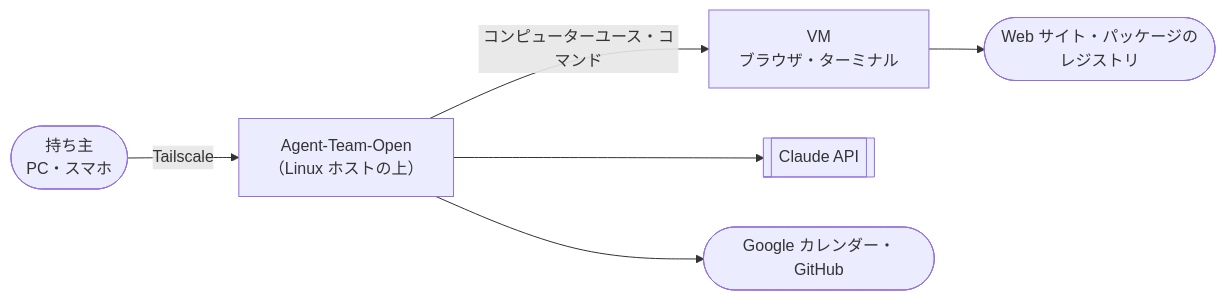
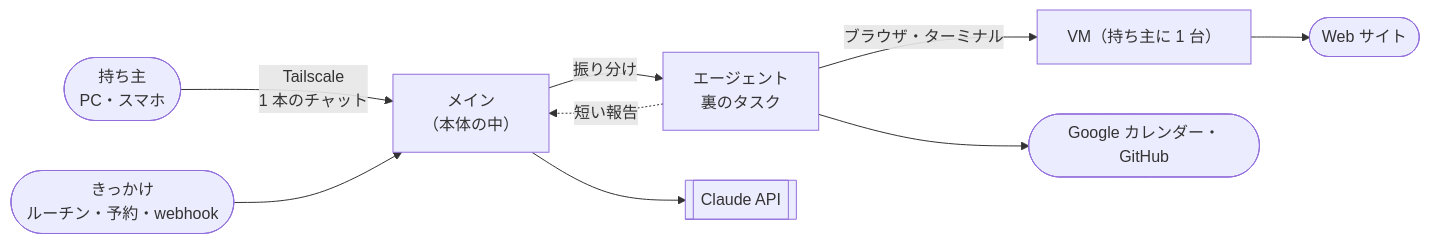
One commit to itiwoja/agent-team changed the diagram in docs/design/00_overview.md. Above: the diagram before and after it, drawn with Mermaid. The commit also changed other lines of this file and 25 other files, not shown here.

````diff
--- a/docs/design/00_overview.md
+++ b/docs/design/00_overview.md
@@ -17,8 +13,11 @@
 ```mermaid
 flowchart LR
- O(["持ち主<br/>PC・スマホ"]) -->|"Tailscale"| M["Agent-Team-Open<br/>（Linux ホストの上）"]
- M -->|"コンピューターユース・コマンド"| BOX["VM<br/>ブラウザ・ターミナル"]
- BOX --> WEB(["Web サイト・パッケージのレジストリ"])
+ O(["持ち主<br/>PC・スマホ"]) -->|"Tailscale<br/>1 本のチャット"| M["メイン<br/>（本体の中）"]
+ T(["きっかけ<br/>ルーチン・予約・webhook"]) --> M
+ M -->|"振り分け"| A["エージェント<br/>裏のタスク"]
+ A -.->|"短い報告"| M
+ A -->|"ブラウザ・ターミナル"| VM["VM（持ち主に 1 台）"]
+ VM --> WEB(["Web サイト"])
  M --> C[["Claude API"]]
- M --> G(["Google カレンダー・GitHub"])
+ A --> G(["Google カレンダー・GitHub"])
 ```
````
